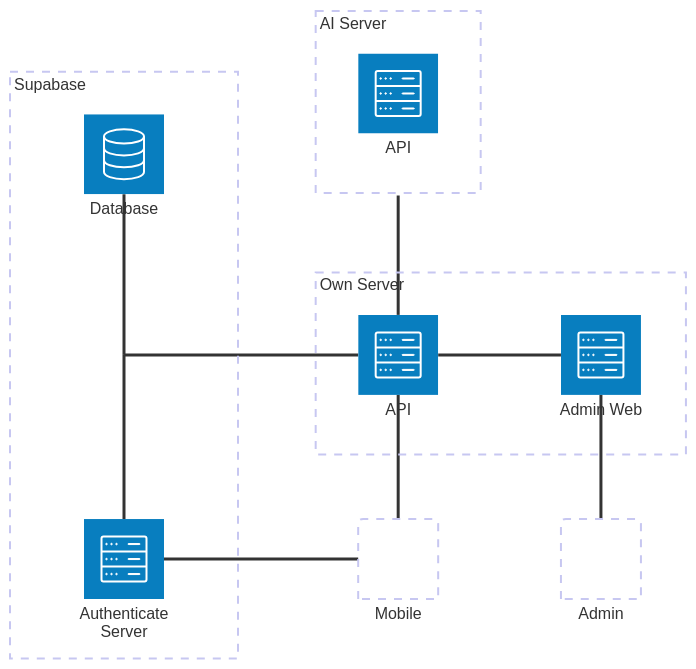
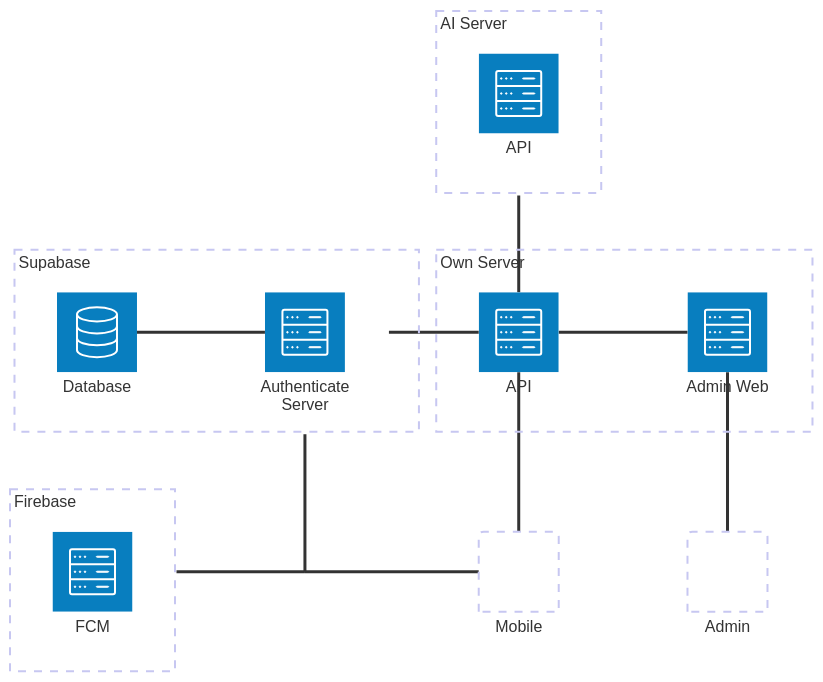
The second of 2 diagrams in profile/README.md (coinhub-uit/.github), drawn with Mermaid before and after one commit.

````diff
--- a/profile/README.md
+++ b/profile/README.md
@@ -68,30 +68,36 @@
 ```mermaid
 architecture-beta
   group supabase[Supabase]
   service authentication_server(server)[Authenticate Server] in supabase
   service database(database)[Database] in supabase
 
   group own_server[Own Server]
   service api_server(server)[API] in own_server
   service admin_web_server(server)[Admin Web] in own_server
 
+  group firebase[Firebase]
+  service fcm(server)[FCM] in firebase
+
   group ai_server[AI Server]
   service api_ai(server)[API] in ai_server
+
+  junction junction_bot_left
 
   service mobile[Mobile]
   service admin[Admin]
 
-  junction server_api_supabase in supabase
-
-  api_server:T -- B:api_ai{group}
-  api_server:L -- R:server_api_supabase
-  server_api_supabase:T -- B:database
-  server_api_supabase:B -- T:authentication_server
+  api_server:L -- R:authentication_server{group}
+  authentication_server:L -- R:database
 
   admin_web_server:L -- R:api_server
+
+  fcm{group}:R -- L:junction_bot_left
+
+  api_ai{group}:B -- T:api_server
 
   admin:T -- B:admin_web_server
 
   mobile:T -- B:api_server
-  mobile:L -- R:authentication_server
+  mobile:L -- R:junction_bot_left
+  junction_bot_left:T -- B:authentication_server{group}
 ```
````
